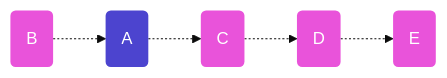
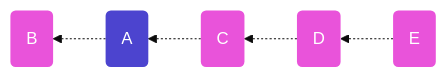
The fourth of 7 diagrams in 009.md (ssbc/sips), drawn with Mermaid (base theme) before and after one commit. The commit also changed other lines of this file, not shown here.

Commit message:
tangle: make all graphs RL

````diff
--- a/009.md
+++ b/009.md
@@ -205,10 +205,10 @@
 ```mermaid
-graph LR
+flowchart RL
 A(A):::root;B(B);E(E);C(C);D(D);
 
-B-.->A-.->C-.->D-.->E
+E-.->D-.->C-.->A-.->B
 
 %% styling
 classDef default fill: #e953da, stroke-width: 0, color: white
 classDef root fill: #4c44cf, stroke-width: 0, color: white
 ```
````
